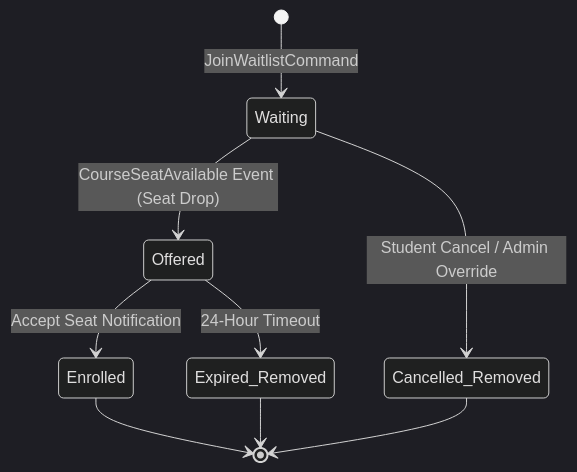
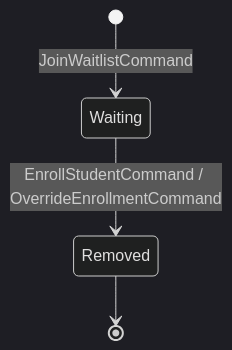
The second of 4 diagrams in docs/uml_state_diagram.md (DesanSilva/university-course-enrolment-system), drawn with Mermaid (dark theme) before and after one commit. The commit also changed 3 other files, not shown here.

Commit message:
updated UML diagrams

````diff
--- a/docs/uml_state_diagram.md
+++ b/docs/uml_state_diagram.md
@@ -25,11 +25,6 @@
 ```mermaid
 stateDiagram-v2
     [*] --> Waiting : JoinWaitlistCommand
-    Waiting --> Offered : CourseSeatAvailable Event (Seat Drop)
-    Offered --> Enrolled : Accept Seat Notification
-    Waiting --> Cancelled_Removed : Student Cancel / Admin Override
-    Offered --> Expired_Removed : 24-Hour Timeout
-    Enrolled --> [*]
-    Cancelled_Removed --> [*]
-    Expired_Removed --> [*]
+    Waiting --> Removed : EnrollStudentCommand / OverrideEnrollmentCommand
+    Removed --> [*]
 ```
````
